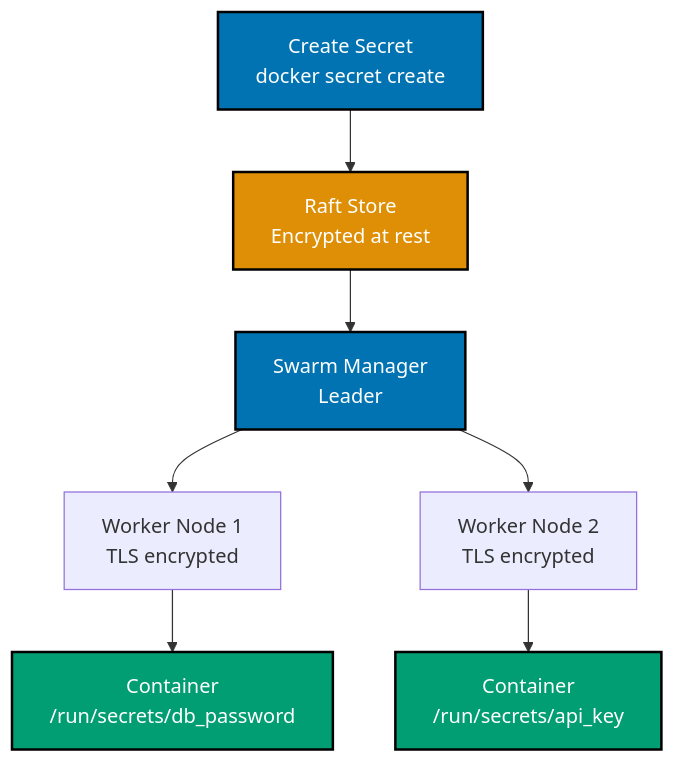
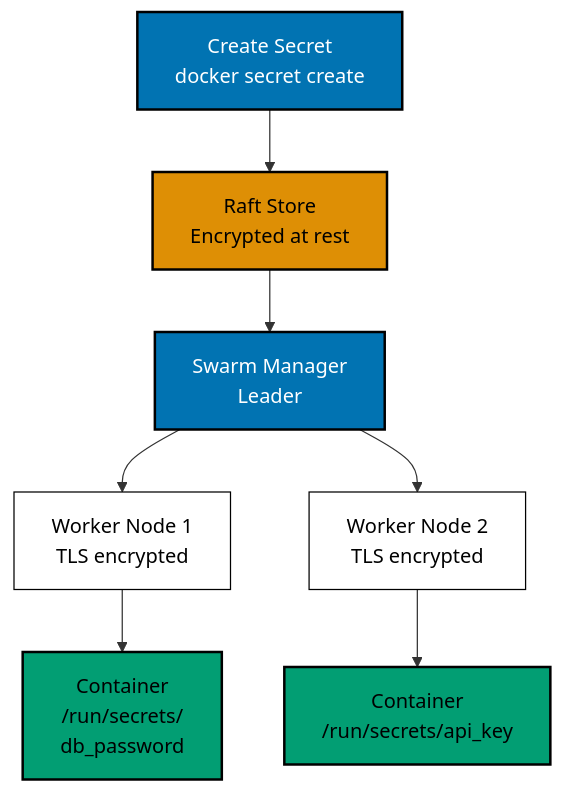
Before and after one commit to wahidyankf/ose-public: the third of 14 diagrams in apps/ayokoding-www/content/en/learn/legacy/software-engineering/infrastructure/tools/docker/by-example/advanced.md, drawn with Mermaid. The commit also changed other lines of this file and 131 other files, not shown here.

First line of the commit message:
fix(mermaid): bring the legacy data, infrastructure, and testing diagrams onto the accessible palette

````diff
--- a/apps/ayokoding-www/content/en/learn/legacy/software-engineering/infrastructure/tools/docker/by-example/advanced.md
+++ b/apps/ayokoding-www/content/en/learn/legacy/software-engineering/infrastructure/tools/docker/by-example/advanced.md
@@ -364,17 +376,23 @@
 ```mermaid
 %% Color Palette: Blue #0173B2, Orange #DE8F05, Teal #029E73, Purple #CC78BC, Brown #CA9161
 %% Docker secrets flow
 graph TD
+ accTitle: Example 57: Docker Secrets Management
+ accDescr: Graph with 7 nodes and 6 connections. Nodes: Create Secret docker secret create, Raft Store Encrypted at rest, Swarm Manager Leader, Worker Node 1 TLS encrypted, Worker Node 2 TLS encrypted, Container /run/secrets/ db_password, Container /run/secrets/api_key. Connections: Create Secret docker secret create to Raft Store Encrypted at rest, Raft Store Encrypted at rest to Swarm Manager Leader, Swarm Manager Leader to Worker Node 1 TLS encrypted, Swarm Manager Leader to Worker Node 2 TLS encrypted, Worker Node 1 TLS encrypted to Container /run/secrets/ db_password, Worker Node 2 TLS encrypted to Container /run/secrets/api_key.
  A["Create Secret<br/>docker secret create"] --> B["Raft Store<br/>Encrypted at rest"]
  B --> C["Swarm Manager<br/>Leader"]
  C --> D1["Worker Node 1<br/>TLS encrypted"]
  C --> D2["Worker Node 2<br/>TLS encrypted"]
- D1 --> E1["Container<br/>/run/secrets/db_password"]
+ D1 --> E1["Container<br/>/run/secrets/<br/>db_password"]
  D2 --> E2["Container<br/>/run/secrets/api_key"]
 
- style A fill:#0173B2,stroke:#000000,stroke-width:2px,color:#fff
- style B fill:#DE8F05,stroke:#000000,stroke-width:2px,color:#fff
- style C fill:#0173B2,stroke:#000000,stroke-width:2px,color:#fff
- style E1 fill:#029E73,stroke:#000000,stroke-width:2px,color:#fff
- style E2 fill:#029E73,stroke:#000000,stroke-width:2px,color:#fff
+ classDef pal-0173B2 fill:#0173B2,stroke:#000000,color:#FFFFFF,stroke-width:2px
+ class A pal-0173B2
+ classDef pal-DE8F05 fill:#DE8F05,stroke:#000000,color:#000000,stroke-width:2px
+ class B pal-DE8F05
+ class C pal-0173B2
+ classDef pal-029E73 fill:#029E73,stroke:#000000,color:#000000,stroke-width:2px
+ class E1 pal-029E73
+ class E2 pal-029E73
+ classDef default fill:#FFFFFF,stroke:#000000,color:#000000
 ```
````
